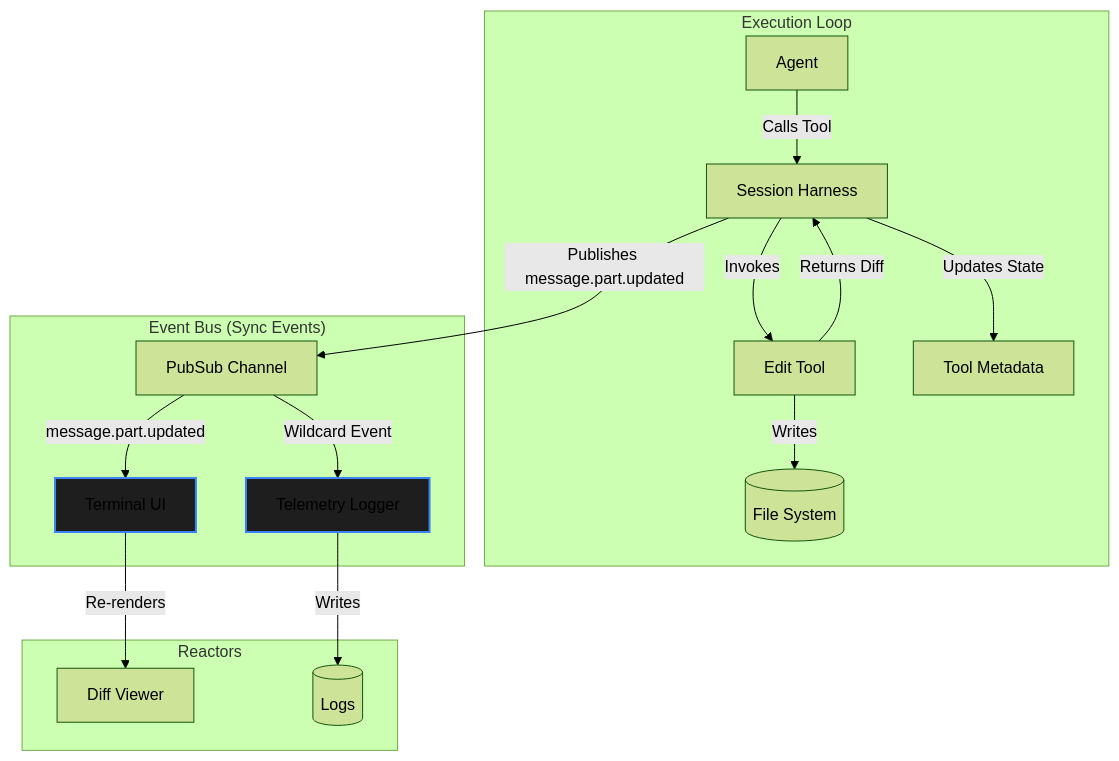
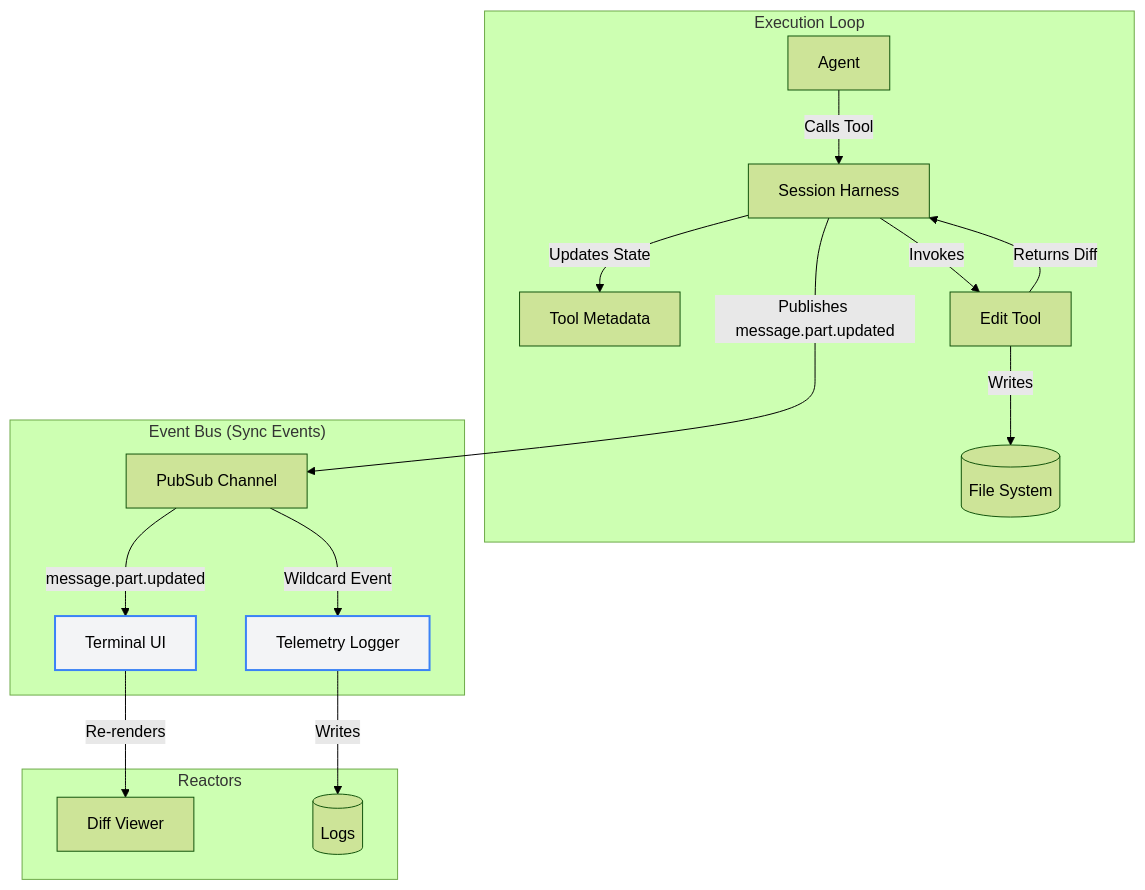
One commit to anomalyco/opencode changed the diagram in docs/architecture/07_core-framework.md. Above: the diagram before and after it, drawn with Mermaid (forest theme). The commit also changed 1 other file, not shown here.

Commit message:
docs: refine mermaid styling and prompt composition formatting
This flattens the prompt composition examples in 01_prompt-and-context.md to use standard headers instead of nested HTML details blocks, preventing GitHub from squashing them horizontally. It also expands the Gemini persona example to show the complete prompt structure (Core Mandates, Workflows).

In 07_core-framework.md, it updates the 'nonBlocking' mermaid classDef to use a light background color with explicit dark text to ensure it remains legible in both GitHub light and dark modes, and adds structural links (~~~) between subgraphs to prevent horizontal squashing.

````diff
--- a/docs/architecture/07_core-framework.md
+++ b/docs/architecture/07_core-framework.md
@@ -92,24 +92,27 @@
 ```mermaid
 graph TD
-    subgraph "Execution Loop"
+    subgraph execution_loop ["Execution Loop"]
         LLM[Agent] -->|Calls Tool| Harness[Session Harness]
         Harness -->|Invokes| Edit[Edit Tool]
         Edit -->|Writes| FS[(File System)]
         Edit -->|Returns Diff| Harness
         Harness -->|Updates State| Meta[Tool Metadata]
     end
 
-    subgraph "Event Bus (Sync Events)"
-        Harness -->|Publishes message.part.updated| Bus[PubSub Channel]
+    subgraph event_bus ["Event Bus (Sync Events)"]
+        Bus[PubSub Channel]
         Bus -->|message.part.updated| TUI
         Bus -->|Wildcard Event| Log
     end
 
-    subgraph "Reactors"
+    subgraph reactors ["Reactors"]
         TUI[Terminal UI] -->|Re-renders| Render[Diff Viewer]
         Log[Telemetry Logger] -->|Writes| Disk[(Logs)]
     end
 
-    classDef nonBlocking fill:#1e1e1e,stroke:#3b82f6,stroke-width:2px;
+    Meta ~~~ Bus
+    Harness -->|Publishes message.part.updated| Bus
+
+    classDef nonBlocking fill:#f3f4f6,stroke:#3b82f6,stroke-width:2px,color:#000;
     class TUI,Log nonBlocking;
 ```
````
